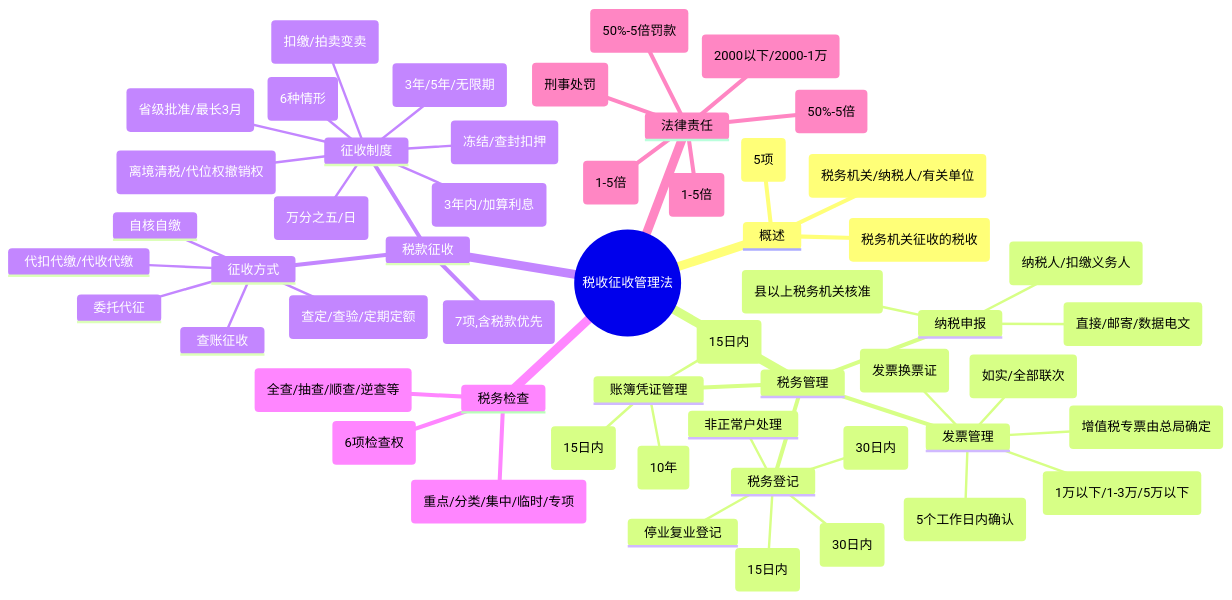
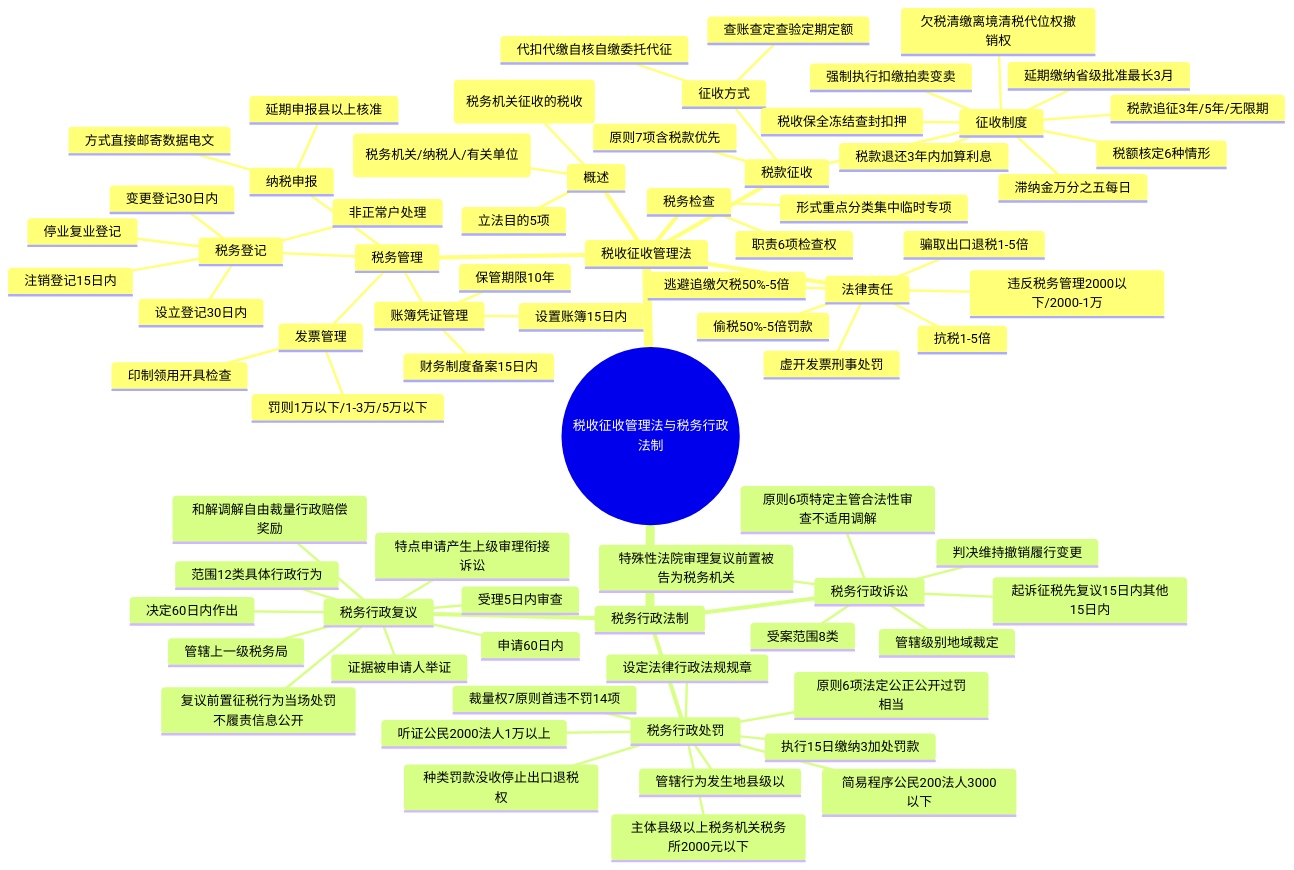
One commit to 106-official/deepsleep-blog changed the diagram in content/learn/cpa/07-tax-law/14-tax-collection.md. Above: the diagram before and after it, drawn with Mermaid. The commit also changed other lines of this file and 149 other files, not shown here.

````diff
--- a/content/learn/cpa/07-tax-law/14-tax-collection.md
+++ b/content/learn/cpa/07-tax-law/14-tax-collection.md
@@ -36,57 +48,78 @@
 ```mermaid
 mindmap
-  root((税收征收管理法))
-    概述
-      立法目的(5项)
-      适用范围(税务机关征收的税收)
-      遵守主体(税务机关/纳税人/有关单位)
-    税务管理
-      税务登记
-        设立登记(30日内)
-        变更登记(30日内)
-        注销登记(15日内)
-        停业复业登记
-        非正常户处理
-      账簿凭证管理
-        设置账簿(15日内)
-        财务制度备案(15日内)
-        保管期限(10年)
-      发票管理
-        印制(增值税专票由总局确定)
-        领用(5个工作日内确认)
-        开具(如实/全部联次)
-        检查(发票换票证)
-        罚则(1万以下/1-3万/5万以下)
-      纳税申报
-        对象(纳税人/扣缴义务人)
-        方式(直接/邮寄/数据电文)
-        延期申报(县以上税务机关核准)
-    税款征收
-      原则(7项,含税款优先)
-      征收方式
-        查账征收
-        核定征收(查定/查验/定期定额)
-        代扣代缴/代收代缴
-        自核自缴
-        委托代征
-      征收制度
-        延期缴纳(省级批准/最长3月)
-        滞纳金(万分之五/日)
-        税额核定(6种情形)
-        税收保全(冻结/查封扣押)
-        强制执行(扣缴/拍卖变卖)
-        欠税清缴(离境清税/代位权撤销权)
-        税款退还(3年内/加算利息)
-        税款追征(3年/5年/无限期)
-    税务检查
-      形式(重点/分类/集中/临时/专项)
-      方法(全查/抽查/顺查/逆查等)
-      职责(6项检查权)
-    法律责任
-      违反税务管理(2000以下/2000-1万)
-      偷税(50%-5倍罚款)
-      逃避追缴欠税(50%-5倍)
-      骗取出口退税(1-5倍)
-      抗税(1-5倍)
-      虚开发票(刑事处罚)
+  root((税收征收管理法与税务行政法制))
+    税收征收管理法
+      概述
+        立法目的5项
+        适用范围(税务机关征收的税收)
+        遵守主体(税务机关/纳税人/有关单位)
+      税务管理
+        税务登记
+          设立登记30日内
+          变更登记30日内
+          注销登记15日内
+          停业复业登记
+          非正常户处理
+        账簿凭证管理
+          设置账簿15日内
+          财务制度备案15日内
+          保管期限10年
+        发票管理
+          印制领用开具检查
+          罚则1万以下/1-3万/5万以下
+        纳税申报
+          方式直接邮寄数据电文
+          延期申报县以上核准
+      税款征收
+        原则7项含税款优先
+        征收方式
+          查账查定查验定期定额
+          代扣代缴自核自缴委托代征
+        征收制度
+          延期缴纳省级批准最长3月
+          滞纳金万分之五每日
+          税额核定6种情形
+          税收保全冻结查封扣押
+          强制执行扣缴拍卖变卖
+          欠税清缴离境清税代位权撤销权
+          税款退还3年内加算利息
+          税款追征3年/5年/无限期
+      税务检查
+        形式重点分类集中临时专项
+        职责6项检查权
+      法律责任
+        违反税务管理2000以下/2000-1万
+        偷税50%-5倍罚款
+        逃避追缴欠税50%-5倍
+        骗取出口退税1-5倍
+        抗税1-5倍
+        虚开发票刑事处罚
+    税务行政法制
+      税务行政处罚
+        原则6项法定公正公开过罚相当
+        设定法律行政法规规章
+        种类罚款没收停止出口退税权
+        主体县级以上税务机关税务所2000元以下
+        管辖行为发生地县级以
+        简易程序公民200法人3000以下
+        听证公民2000法人1万以上
+        执行15日缴纳3加处罚款
+        裁量权7原则首违不罚14项
+      税务行政复议
+        特点申请产生上级审理衔接诉讼
+        范围12类具体行政行为
+        管辖上一级税务局
+        申请60日内
+        复议前置征税行为当场处罚不履责信息公开
+        受理5日内审查
+        证据被申请人举证
+        决定60日内作出
+        和解调解自由裁量行政赔偿奖励
+      税务行政诉讼
+        特殊性法院审理复议前置被告为税务机关
+        原则6项特定主管合法性审查不适用调解
+        管辖级别地域裁定
+        受案范围8类
+        起诉征税先复议15日内其他15日内
+        判决维持撤销履行变更
 ```
````
